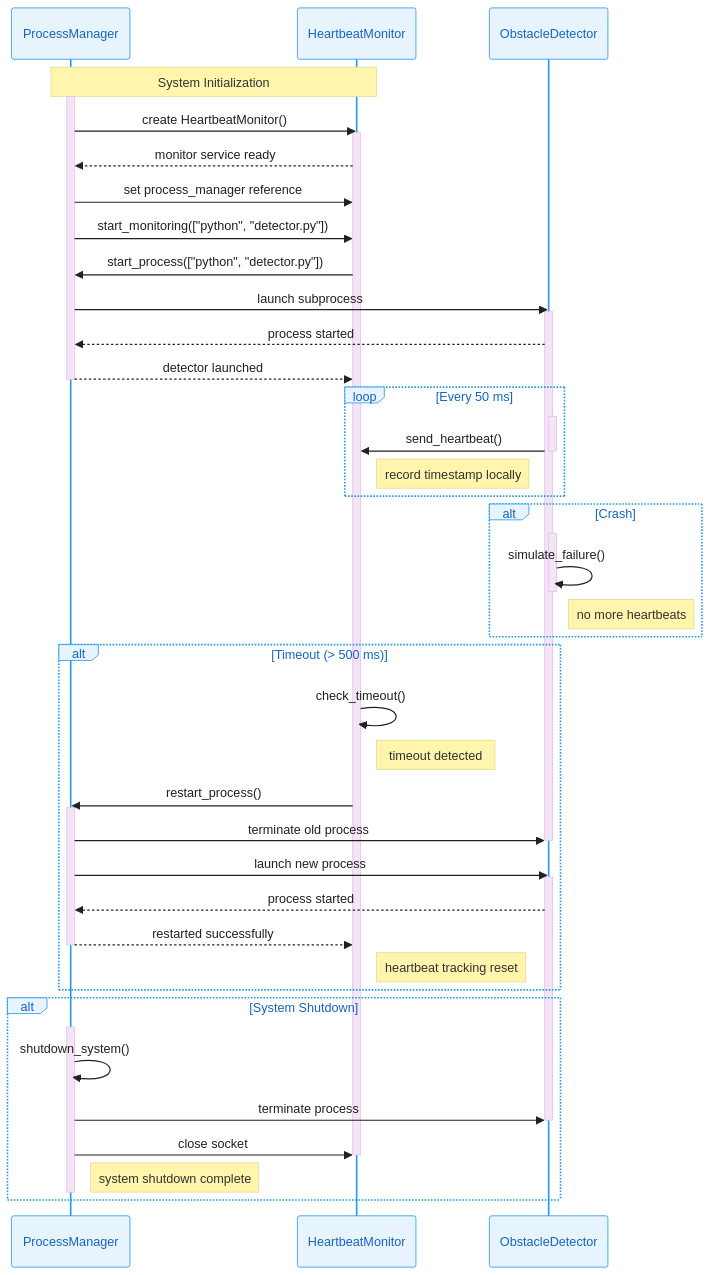
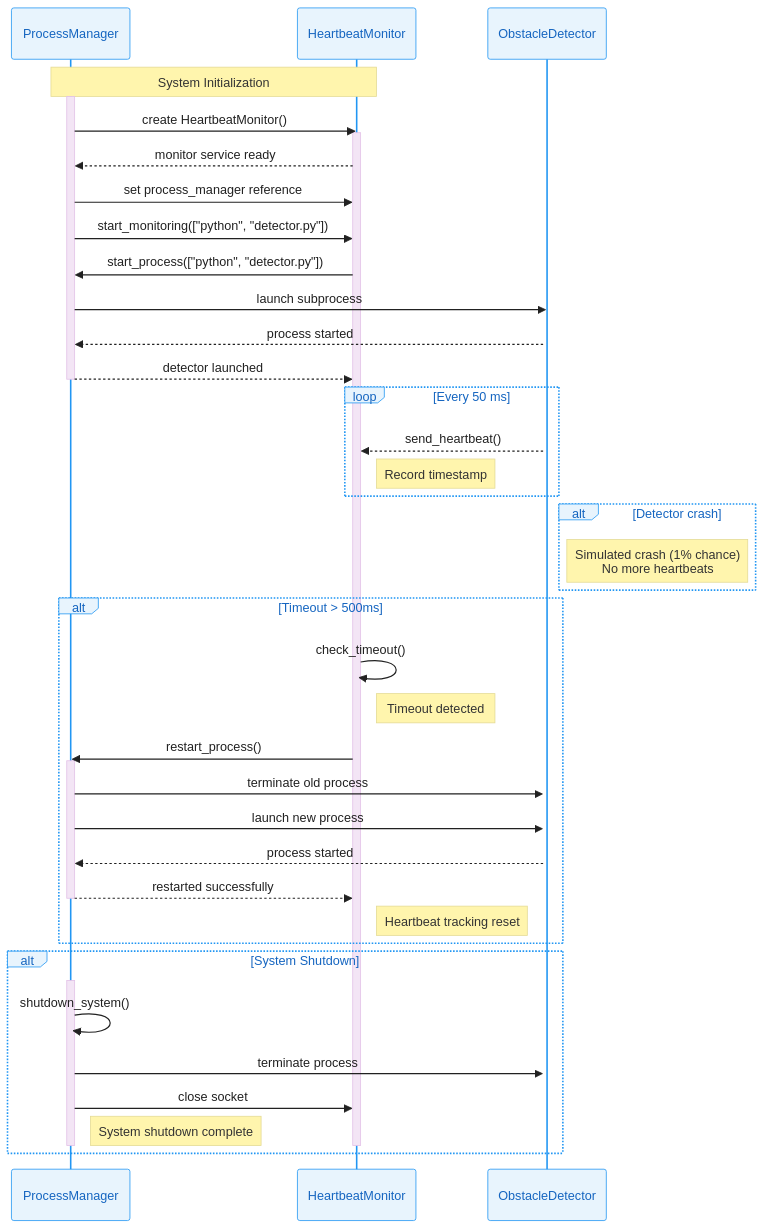
Before and after one commit to ajbarea/heartbeat-obstacle-detector: the second of 2 diagrams in docs/software_architecture.md, drawn with Mermaid. The commit also changed 3 other files, not shown here.

First line of the commit message:
docs: refine sequence diagram for UML accuracy and mermaid rendering stability

````diff
--- a/docs/software_architecture.md
+++ b/docs/software_architecture.md
@@ -96,61 +96,54 @@
 ```mermaid
 %%{init: {"theme": "base", "themeVariables": {"primaryColor": "#E8F4FD", "primaryBorderColor": "#2196F3", "primaryTextColor": "#1565C0", "secondaryColor": "#F3E5F5", "secondaryBorderColor": "#9C27B0", "secondaryTextColor": "#6A1B9A", "tertiaryColor": "#E8F5E8", "tertiaryBorderColor": "#4CAF50", "tertiaryTextColor": "#2E7D32", "lineColor": "#424242", "background": "#FAFAFA", "textColor": "#212121", "nodeTextColor": "#1565C0", "edgeLabelBackground": "#FFFFFF", "clusterBkg": "#F5F5F5", "clusterBorder": "#BDBDBD", "fillType0": "#E3F2FD", "fillType1": "#F3E5F5", "fillType2": "#E8F5E8", "fillType3": "#FFF3E0", "fillType4": "#FCE4EC", "fillType5": "#F1F8E9", "fillType6": "#E0F2F1", "fillType7": "#FFF8E1"}}}%%
 sequenceDiagram
     participant P as ProcessManager
     participant M as HeartbeatMonitor
     participant W as ObstacleDetector
 
     Note over P,M: System Initialization
     activate P
     P->>M: create HeartbeatMonitor()
     activate M
     M-->>P: monitor service ready
     P->>M: set process_manager reference
     P->>M: start_monitoring(["python", "detector.py"])
     M->>P: start_process(["python", "detector.py"])
     P->>W: launch subprocess
     activate W
     W-->>P: process started
     P-->>M: detector launched
     deactivate P
 
     loop Every 50 ms
-        activate W
-        W->>M: send_heartbeat()
-        deactivate W
-        Note right of M: record timestamp locally
+        W-->>M: send_heartbeat()
+        Note right of M: Record timestamp
     end
 
-    alt Crash
-        activate W
-        W->>W: simulate_failure()
-        deactivate W
-        Note right of W: no more heartbeats
+    alt Detector crash
+        Note right of W: Simulated crash (1% chance)<br>No more heartbeats
     end
 
-    alt Timeout (> 500 ms)
+    alt Timeout > 500ms
         M->>M: check_timeout()
-        Note right of M: timeout detected
+        Note right of M: Timeout detected
         M->>P: restart_process()
         activate P
         P->>W: terminate old process
-        deactivate W
         P->>W: launch new process
         activate W
         W-->>P: process started
         P-->>M: restarted successfully
         deactivate P
-        Note right of M: heartbeat tracking reset
+        Note right of M: Heartbeat tracking reset
     end
 
     alt System Shutdown
         activate P
         P->>P: shutdown_system()
         P->>W: terminate process
-        deactivate W
         P->>M: close socket
+        Note right of P: System shutdown complete
         deactivate M
-        Note right of P: system shutdown complete
         deactivate P
     end
 ```
````
